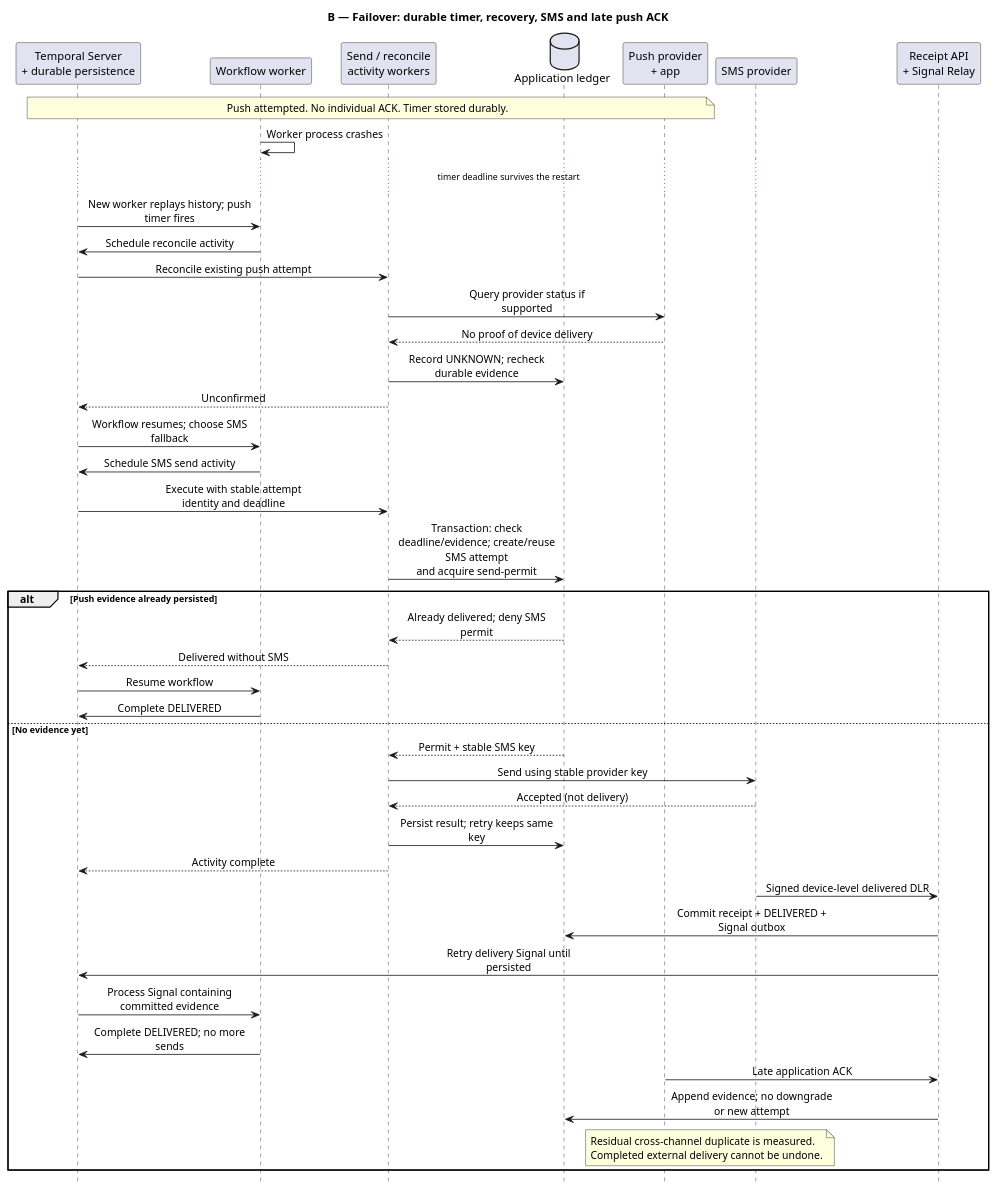
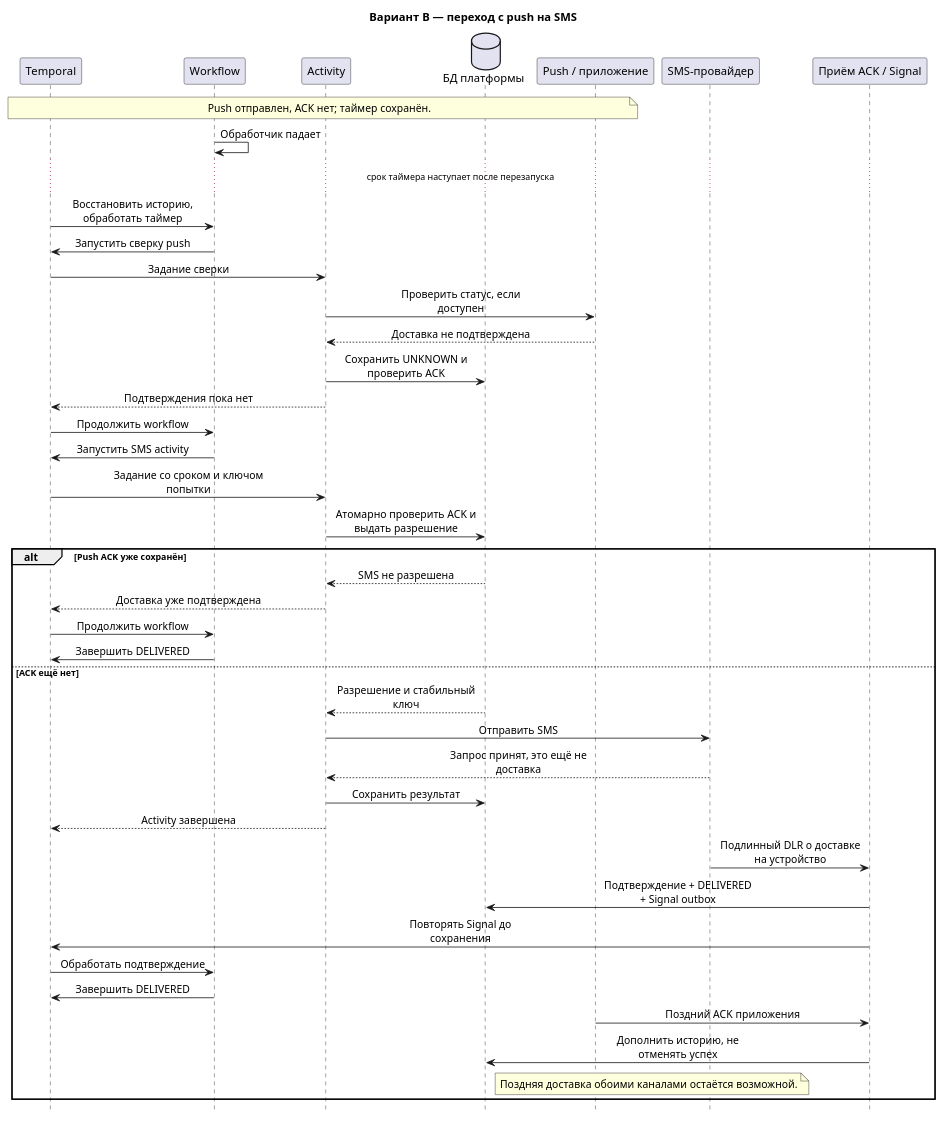
The diagram in hw4/diagrams/b-failover.puml (irinamilova/marketplace-architecture), drawn with PlantUML before and after one commit. The commit also changed 18 other files, not shown here.

```diff
--- a/hw4/diagrams/b-failover.puml
+++ b/hw4/diagrams/b-failover.puml
@@ -1,48 +1,48 @@
 @startuml
-title B — Failover: durable timer, recovery, SMS and late push ACK
+title Вариант B — переход с push на SMS
 hide footbox
 skinparam backgroundColor #FFFFFF
 skinparam sequenceMessageAlign center
-skinparam maxMessageSize 210
-participant "Temporal Server\n+ durable persistence" as T
-participant "Workflow worker" as W
-participant "Send / reconcile\nactivity workers" as A
-database "Application ledger" as DB
-participant "Push provider\n+ app" as Push
-participant "SMS provider" as SMS
-participant "Receipt API\n+ Signal Relay" as R
-note over T,Push: Push attempted. No individual ACK. Timer stored durably.
-W -> W: Worker process crashes
-... timer deadline survives the restart ...
-T -> W: New worker replays history; push timer fires
-W -> T: Schedule reconcile activity
-T -> A: Reconcile existing push attempt
-A -> Push: Query provider status if supported
-Push --> A: No proof of device delivery
-A -> DB: Record UNKNOWN; recheck durable evidence
-A --> T: Unconfirmed
-T -> W: Workflow resumes; choose SMS fallback
-W -> T: Schedule SMS send activity
-T -> A: Execute with stable attempt identity and deadline
-A -> DB: Transaction: check deadline/evidence; create/reuse SMS attempt\nand acquire send-permit
-alt Push evidence already persisted
-  DB --> A: Already delivered; deny SMS permit
-  A --> T: Delivered without SMS
-  T -> W: Resume workflow
-  W -> T: Complete DELIVERED
-else No evidence yet
-  DB --> A: Permit + stable SMS key
-  A -> SMS: Send using stable provider key
-  SMS --> A: Accepted (not delivery)
-  A -> DB: Persist result; retry keeps same key
-  A --> T: Activity complete
-  SMS -> R: Signed device-level delivered DLR
-  R -> DB: Commit receipt + DELIVERED + Signal outbox
-  R -> T: Retry delivery Signal until persisted
-  T -> W: Process Signal containing committed evidence
-  W -> T: Complete DELIVERED; no more sends
-  Push -> R: Late application ACK
-  R -> DB: Append evidence; no downgrade or new attempt
-  note over Push,SMS: Residual cross-channel duplicate is measured.\nCompleted external delivery cannot be undone.
+skinparam maxMessageSize 190
+participant "Temporal" as T
+participant "Workflow" as W
+participant "Activity" as A
+database "БД платформы" as DB
+participant "Push / приложение" as Push
+participant "SMS-провайдер" as SMS
+participant "Приём ACK / Signal" as R
+note over T,Push: Push отправлен, ACK нет; таймер сохранён.
+W -> W: Обработчик падает
+... срок таймера наступает после перезапуска ...
+T -> W: Восстановить историю, обработать таймер
+W -> T: Запустить сверку push
+T -> A: Задание сверки
+A -> Push: Проверить статус, если доступен
+Push --> A: Доставка не подтверждена
+A -> DB: Сохранить UNKNOWN и проверить ACK
+A --> T: Подтверждения пока нет
+T -> W: Продолжить workflow
+W -> T: Запустить SMS activity
+T -> A: Задание со сроком и ключом попытки
+A -> DB: Атомарно проверить ACK и выдать разрешение
+alt Push ACK уже сохранён
+  DB --> A: SMS не разрешена
+  A --> T: Доставка уже подтверждена
+  T -> W: Продолжить workflow
+  W -> T: Завершить DELIVERED
+else ACK ещё нет
+  DB --> A: Разрешение и стабильный ключ
+  A -> SMS: Отправить SMS
+  SMS --> A: Запрос принят, это ещё не доставка
+  A -> DB: Сохранить результат
+  A --> T: Activity завершена
+  SMS -> R: Подлинный DLR о доставке на устройство
+  R -> DB: Подтверждение + DELIVERED + Signal outbox
+  R -> T: Повторять Signal до сохранения
+  T -> W: Обработать подтверждение
+  W -> T: Завершить DELIVERED
+  Push -> R: Поздний ACK приложения
+  R -> DB: Дополнить историю, не отменять успех
+  note over Push,SMS: Поздняя доставка обоими каналами остаётся возможной.
 end
 @enduml
```
